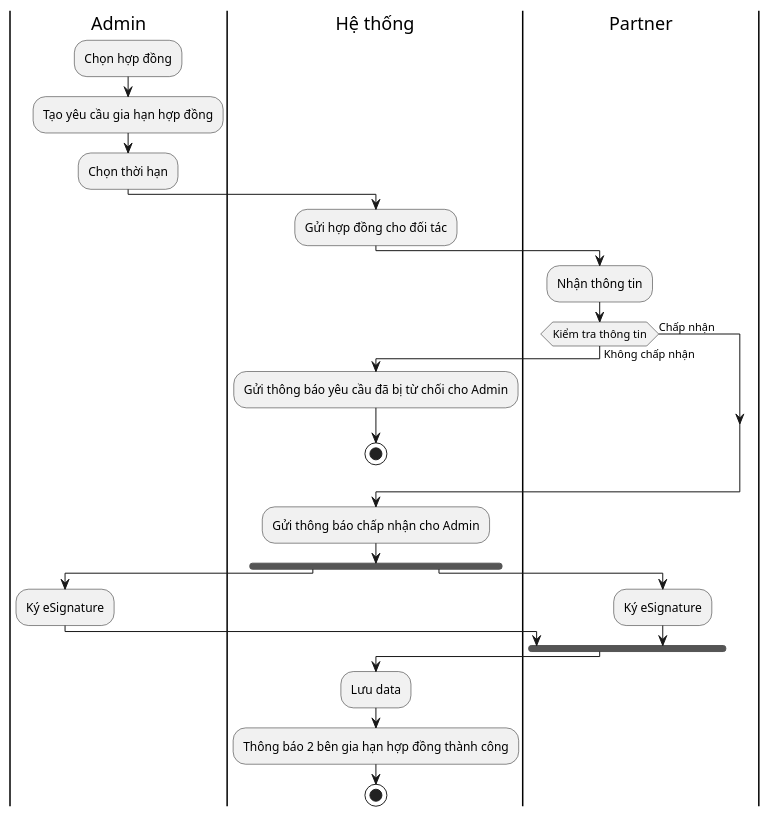
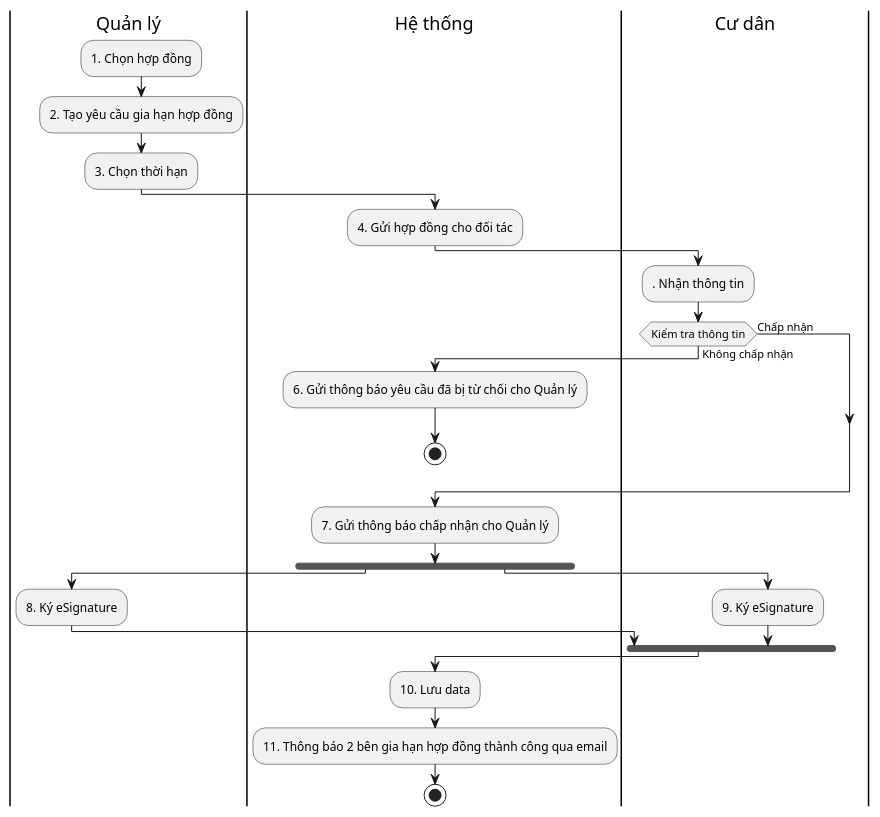
The diagram in Lab1/Lab1.2/Activity Diagram/Quản lý hợp đồng/Gia hạn hợp đồng.puml (QuickyBooster/SE357-Pratice-class), drawn with PlantUML before and after one commit. The commit also changed 19 other files, not shown here.

```diff
--- a/Lab1/Lab1.2/Activity Diagram/Quản lý hợp đồng/Gia hạn hợp đồng.puml
+++ b/Lab1/Lab1.2/Activity Diagram/Quản lý hợp đồng/Gia hạn hợp đồng.puml
@@ -1,28 +1,28 @@
 @startuml
-|Admin|
-:Chọn hợp đồng;
-:Tạo yêu cầu gia hạn hợp đồng;
-:Chọn thời hạn;
+|Quản lý|
+:1. Chọn hợp đồng;
+:2. Tạo yêu cầu gia hạn hợp đồng;
+:3. Chọn thời hạn;
 |Hệ thống|
-:Gửi hợp đồng cho đối tác;
-|Partner|
-:Nhận thông tin;
+:4. Gửi hợp đồng cho đối tác;
+|Cư dân|
+:. Nhận thông tin;
 if (Kiểm tra thông tin) then (Không chấp nhận)
 |Hệ thống|
-:Gửi thông báo yêu cầu đã bị từ chối cho Admin;
+:6. Gửi thông báo yêu cầu đã bị từ chối cho Quản lý;
 stop
 else (Chấp nhận)
 endif
-:Gửi thông báo chấp nhận cho Admin;
+:7. Gửi thông báo chấp nhận cho Quản lý;
 fork
-|Admin|
-:Ký eSignature;
+|Quản lý|
+:8. Ký eSignature;
 fork again
-|Partner|
-:Ký eSignature;
+|Cư dân|
+:9. Ký eSignature;
 end fork
 |Hệ thống|
-:Lưu data;
-:Thông báo 2 bên gia hạn hợp đồng thành công;
+:10. Lưu data;
+:11. Thông báo 2 bên gia hạn hợp đồng thành công qua email;
 stop
 @enduml
```
